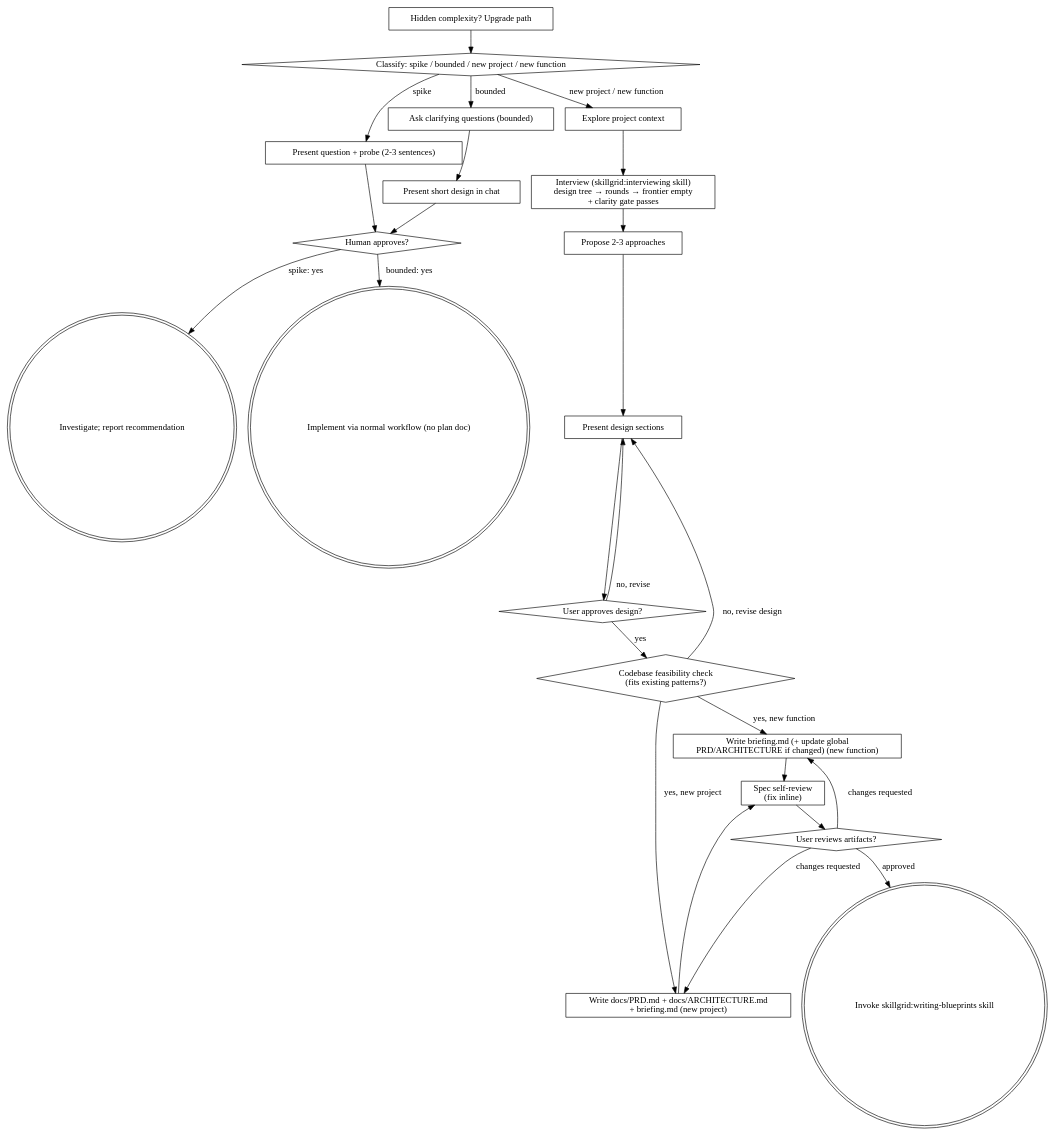
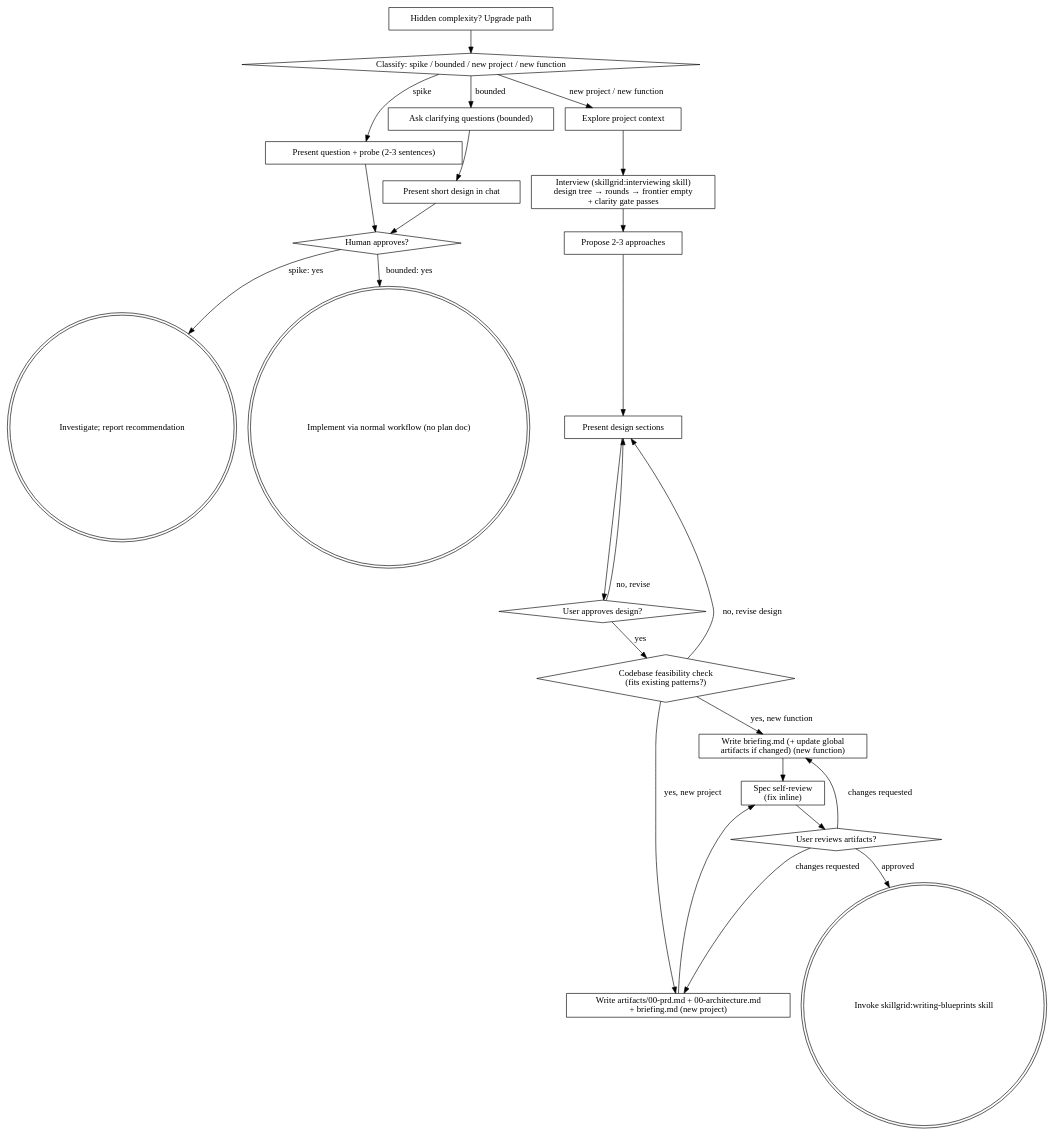
One commit to devopstales/skillgrid changed the diagram in .agents/skills/brainstorming/SKILL.md. Above: the diagram before and after it, drawn with Graphviz. The commit also changed other lines of this file and 6 other files, not shown here.

````diff
--- a/.agents/skills/brainstorming/SKILL.md
+++ b/.agents/skills/brainstorming/SKILL.md
@@ -222,48 +223,48 @@
 ```dot
 digraph brainstorming {
     "Classify: spike / bounded / new project / new function" [shape=diamond];
     "Present question + probe (2-3 sentences)" [shape=box];
     "Ask clarifying questions (bounded)" [shape=box];
     "Present short design in chat" [shape=box];
     "Human approves?" [shape=diamond];
     "Investigate; report recommendation" [shape=doublecircle];
     "Implement via normal workflow (no plan doc)" [shape=doublecircle];
     "Explore project context" [shape=box];
     "Interview (skillgrid:interviewing skill)\ndesign tree → rounds → frontier empty\n+ clarity gate passes" [shape=box];
     "Propose 2-3 approaches" [shape=box];
     "Present design sections" [shape=box];
     "User approves design?" [shape=diamond];
     "Codebase feasibility check\n(fits existing patterns?)" [shape=diamond];
-    "Write docs/PRD.md + docs/ARCHITECTURE.md\n+ briefing.md (new project)" [shape=box];
-    "Write briefing.md (+ update global\nPRD/ARCHITECTURE if changed) (new function)" [shape=box];
+    "Write artifacts/00-prd.md + 00-architecture.md\n+ briefing.md (new project)" [shape=box];
+    "Write briefing.md (+ update global\nartifacts if changed) (new function)" [shape=box];
     "Spec self-review\n(fix inline)" [shape=box];
     "User reviews artifacts?" [shape=diamond];
     "Invoke skillgrid:writing-blueprints skill" [shape=doublecircle];
     "Hidden complexity? Upgrade path" [shape=box];
 
     "Classify: spike / bounded / new project / new function" -> "Present question + probe (2-3 sentences)" [label="spike"];
     "Classify: spike / bounded / new project / new function" -> "Ask clarifying questions (bounded)" [label="bounded"];
     "Classify: spike / bounded / new project / new function" -> "Explore project context" [label="new project / new function"];
     "Present question + probe (2-3 sentences)" -> "Human approves?";
     "Ask clarifying questions (bounded)" -> "Present short design in chat";
     "Present short design in chat" -> "Human approves?";
     "Human approves?" -> "Investigate; report recommendation" [label="spike: yes"];
     "Human approves?" -> "Implement via normal workflow (no plan doc)" [label="bounded: yes"];
     "Hidden complexity? Upgrade path" -> "Classify: spike / bounded / new project / new function";
     "Explore project context" -> "Interview (skillgrid:interviewing skill)\ndesign tree → rounds → frontier empty\n+ clarity gate passes";
     "Interview (skillgrid:interviewing skill)\ndesign tree → rounds → frontier empty\n+ clarity gate passes" -> "Propose 2-3 approaches";
     "Propose 2-3 approaches" -> "Present design sections";
     "Present design sections" -> "User approves design?";
     "User approves design?" -> "Present design sections" [label="no, revise"];
     "User approves design?" -> "Codebase feasibility check\n(fits existing patterns?)" [label="yes"];
     "Codebase feasibility check\n(fits existing patterns?)" -> "Present design sections" [label="no, revise design"];
-    "Codebase feasibility check\n(fits existing patterns?)" -> "Write docs/PRD.md + docs/ARCHITECTURE.md\n+ briefing.md (new project)" [label="yes, new project"];
-    "Codebase feasibility check\n(fits existing patterns?)" -> "Write briefing.md (+ update global\nPRD/ARCHITECTURE if changed) (new function)" [label="yes, new function"];
-    "Write docs/PRD.md + docs/ARCHITECTURE.md\n+ briefing.md (new project)" -> "Spec self-review\n(fix inline)";
-    "Write briefing.md (+ update global\nPRD/ARCHITECTURE if changed) (new function)" -> "Spec self-review\n(fix inline)";
+    "Codebase feasibility check\n(fits existing patterns?)" -> "Write artifacts/00-prd.md + 00-architecture.md\n+ briefing.md (new project)" [label="yes, new project"];
+    "Codebase feasibility check\n(fits existing patterns?)" -> "Write briefing.md (+ update global\nartifacts if changed) (new function)" [label="yes, new function"];
+    "Write artifacts/00-prd.md + 00-architecture.md\n+ briefing.md (new project)" -> "Spec self-review\n(fix inline)";
+    "Write briefing.md (+ update global\nartifacts if changed) (new function)" -> "Spec self-review\n(fix inline)";
     "Spec self-review\n(fix inline)" -> "User reviews artifacts?";
-    "User reviews artifacts?" -> "Write docs/PRD.md + docs/ARCHITECTURE.md\n+ briefing.md (new project)" [label="changes requested"];
-    "User reviews artifacts?" -> "Write briefing.md (+ update global\nPRD/ARCHITECTURE if changed) (new function)" [label="changes requested"];
+    "User reviews artifacts?" -> "Write artifacts/00-prd.md + 00-architecture.md\n+ briefing.md (new project)" [label="changes requested"];
+    "User reviews artifacts?" -> "Write briefing.md (+ update global\nartifacts if changed) (new function)" [label="changes requested"];
     "User reviews artifacts?" -> "Invoke skillgrid:writing-blueprints skill" [label="approved"];
 }
 ```
````
